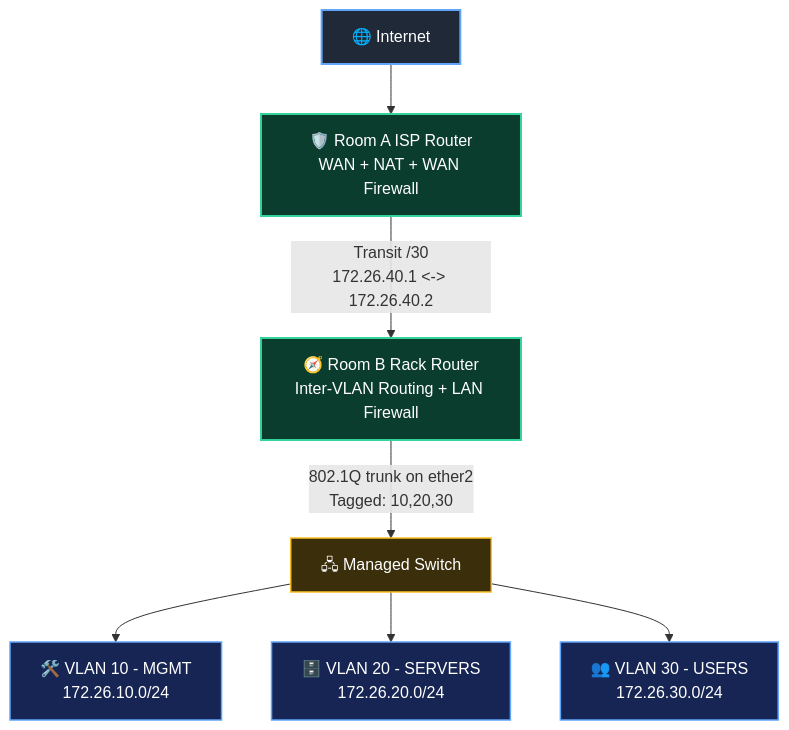
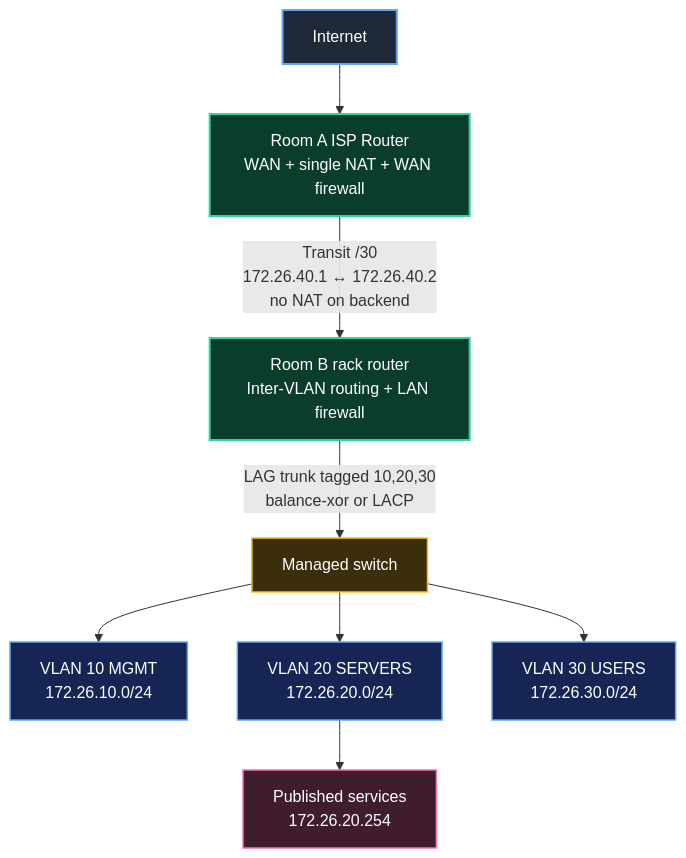
The second of 2 diagrams in README.md (martinezsaweczko/homeNetwork), drawn with Mermaid before and after one commit. The commit also changed other lines of this file, not shown here.

````diff
--- a/README.md
+++ b/README.md
@@ -78,19 +175,22 @@
 ```mermaid
 flowchart TD
-    I2[🌐 Internet] --> A2[🛡️ Room A ISP Router\nWAN + NAT + WAN Firewall]
-    A2 -->|Transit /30\n172.26.40.1 <-> 172.26.40.2| B2[🧭 Room B Rack Router\nInter-VLAN Routing + LAN Firewall]
-    B2 -->|802.1Q trunk on ether2\nTagged: 10,20,30| S2[🖧 Managed Switch]
-    S2 --> M2[🛠️ VLAN 10 - MGMT\n172.26.10.0/24]
-    S2 --> V202[🗄️ VLAN 20 - SERVERS\n172.26.20.0/24]
-    S2 --> U2[👥 VLAN 30 - USERS\n172.26.30.0/24]
+    I2[Internet] --> A2[Room A ISP Router\nWAN + single NAT + WAN firewall]
+    A2 -->|Transit /30\n172.26.40.1 ↔ 172.26.40.2\nno NAT on backend| B2[Room B rack router\nInter-VLAN routing + LAN firewall]
+    B2 -->|LAG trunk tagged 10,20,30\nbalance-xor or LACP| S2[Managed switch]
+    S2 --> M2[VLAN 10 MGMT\n172.26.10.0/24]
+    S2 --> V202[VLAN 20 SERVERS\n172.26.20.0/24]
+    S2 --> U2[VLAN 30 USERS\n172.26.30.0/24]
+    V202 --> W2[Published services\n172.26.20.254]
 
-    classDef edge2 fill:#1f2937,color:#ffffff,stroke:#60a5fa,stroke-width:2px;
-    classDef router2 fill:#0b3d2e,color:#ffffff,stroke:#34d399,stroke-width:2px;
-    classDef switch2 fill:#3a2e0b,color:#ffffff,stroke:#fbbf24,stroke-width:1.5px;
-    classDef vlan2 fill:#172554,color:#ffffff,stroke:#60a5fa,stroke-width:1.5px;
+    classDef edge2 fill:#1f2937,color:#fff,stroke:#60a5fa,stroke-width:2px;
+    classDef router2 fill:#0b3d2e,color:#fff,stroke:#34d399,stroke-width:2px;
+    classDef switch2 fill:#3a2e0b,color:#fff,stroke:#fbbf24,stroke-width:1.5px;
+    classDef vlan2 fill:#172554,color:#fff,stroke:#60a5fa,stroke-width:1.5px;
+    classDef host2 fill:#3f1d2e,color:#fff,stroke:#f472b6,stroke-width:1.5px;
 
     class I2 edge2;
     class A2,B2 router2;
     class S2 switch2;
     class M2,V202,U2 vlan2;
+    class W2 host2;
 ```
````
